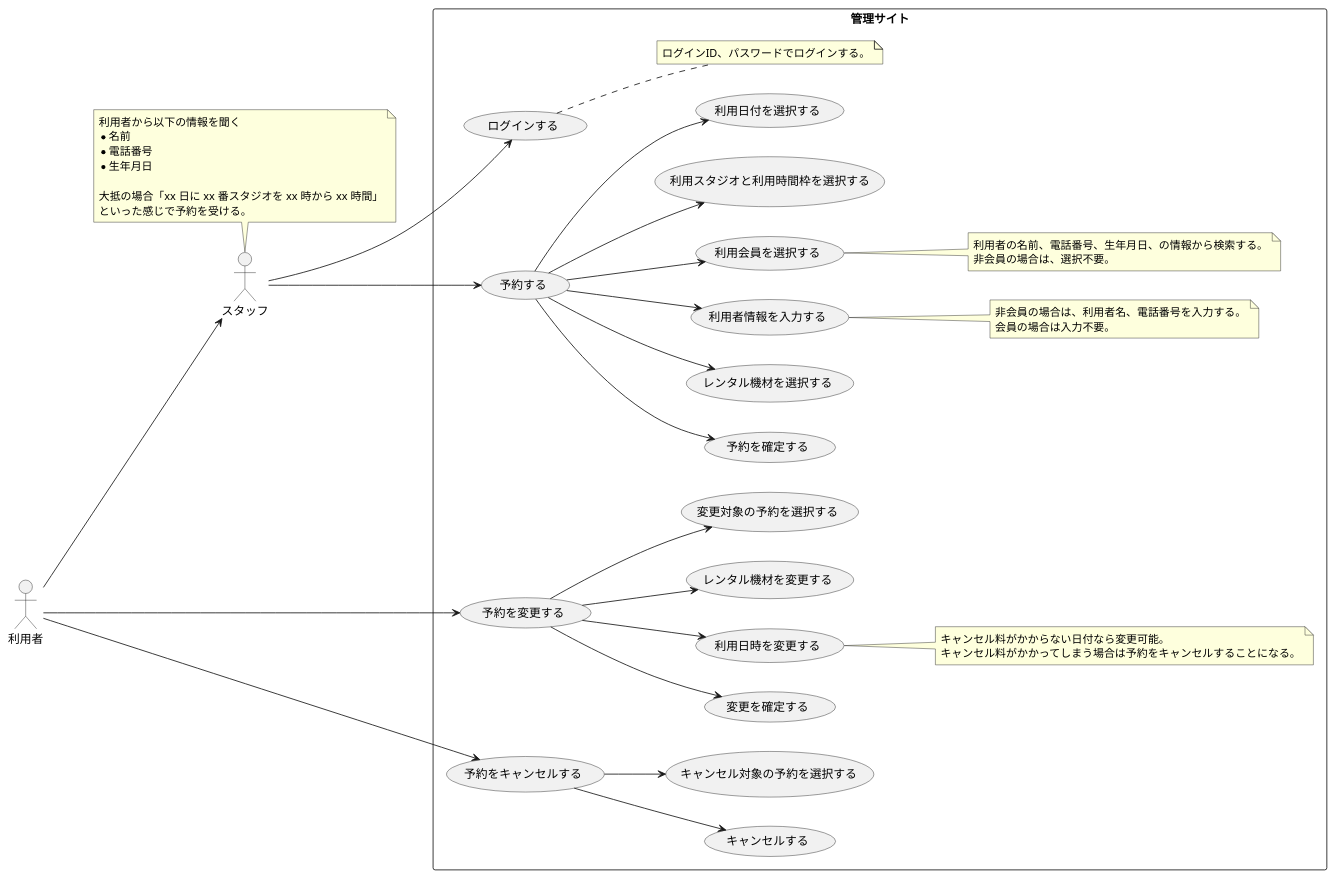
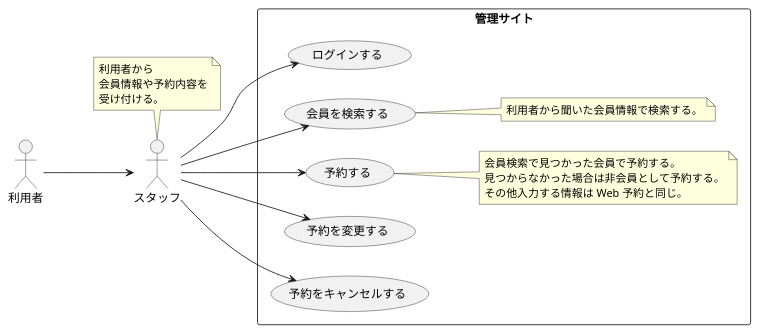
One commit to TakashiOnawa/ddd-practice-studio-reservation changed the diagram in modeling/05_Usecase_電話予約.pu. Above: the diagram before and after it, drawn with PlantUML. The commit also changed 38 other files, not shown here.

```diff
--- a/modeling/05_Usecase_電話予約.pu
+++ b/modeling/05_Usecase_電話予約.pu
@@ -1,60 +1,34 @@
 @startuml Usecase
 
 left to right direction
 
 actor 利用者
 actor スタッフ
 
 利用者 --> スタッフ
 
 note top of スタッフ
-利用者から以下の情報を聞く
-* 名前
-* 電話番号
-* 生年月日
-
-大抵の場合「xx 日に xx 番スタジオを xx 時から xx 時間」
-といった感じで予約を受ける。
+利用者から
+会員情報や予約内容を
+受け付ける。
 end note
 
 rectangle 管理サイト {
     スタッフ --> (ログインする)
+    スタッフ --> (会員を検索する)
     スタッフ --> (予約する)
-    (予約する) --> (予約を確定する)
-    (予約する) --> (レンタル機材を選択する)
-    (予約する) --> (利用者情報を入力する)
-    (予約する) --> (利用会員を選択する)
-    (予約する) --> (利用スタジオと利用時間枠を選択する)
-    (予約する) --> (利用日付を選択する)
+    スタッフ --> (予約を変更する)
+    スタッフ --> (予約をキャンセルする)
 
-    note right of (ログインする)
-    ログインID、パスワードでログインする。
+    note right of (会員を検索する)
+    利用者から聞いた会員情報で検索する。
     end note
 
-    note right of (利用会員を選択する)
-    利用者の名前、電話番号、生年月日、の情報から検索する。
-    非会員の場合は、選択不要。
+    note right of (予約する)
+    会員検索で見つかった会員で予約する。
+    見つからなかった場合は非会員として予約する。
+    その他入力する情報は Web 予約と同じ。
     end note
-
-    note right of (利用者情報を入力する)
-    非会員の場合は、利用者名、電話番号を入力する。
-    会員の場合は入力不要。
-    end note
-
-    利用者 --> (予約を変更する)
-    (予約を変更する) --> (変更を確定する)
-    (予約を変更する) --> (利用日時を変更する)
-    (予約を変更する) --> (レンタル機材を変更する)
-    (予約を変更する) --> (変更対象の予約を選択する)
-
-    note right of (利用日時を変更する)
-    キャンセル料がかからない日付なら変更可能。
-    キャンセル料がかかってしまう場合は予約をキャンセルすることになる。
-    end note
-
-    利用者 --> (予約をキャンセルする)
-    (予約をキャンセルする) --> (キャンセルする)
-    (予約をキャンセルする) --> (キャンセル対象の予約を選択する)
 }
 
 @enduml
```
